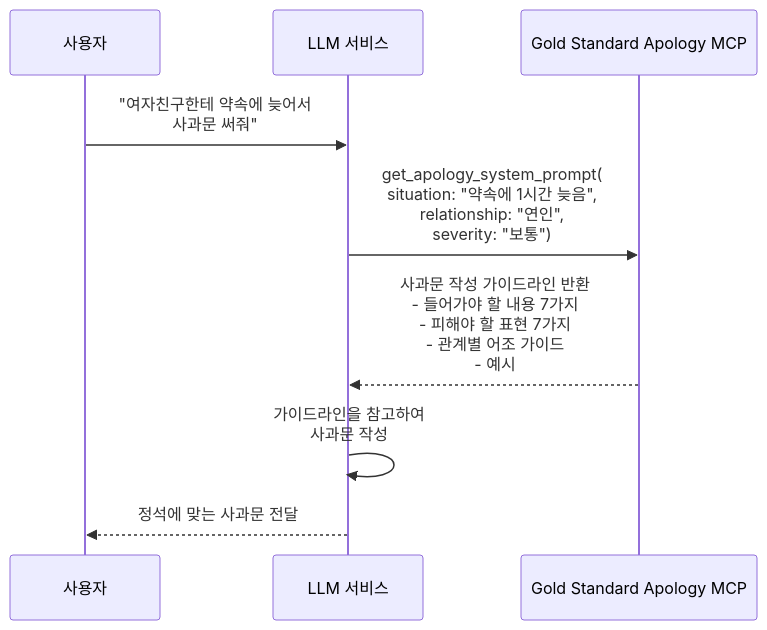
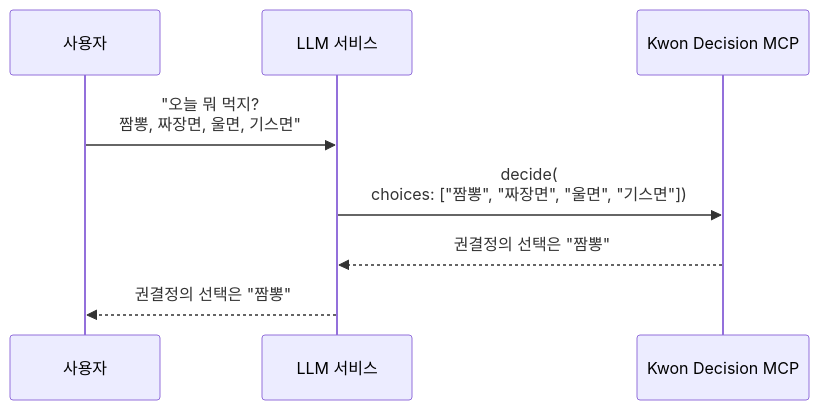
The diagram in README.md (132262B/gold-standard-apology-mcp), drawn with Mermaid before and after one commit. The commit also changed other lines of this file and 5 other files, not shown here.

Commit message:
refactor: rename project to 'kwon-decision' and update functionality to select from multiple choices

````diff
--- a/README.md
+++ b/README.md
@@ -11,16 +11,14 @@
 ```mermaid
 sequenceDiagram
     participant User as 사용자
     participant LLM as LLM 서비스
-    participant MCP as Gold Standard Apology MCP
+    participant MCP as Kwon Decision MCP
 
-    User->>LLM: "여자친구한테 약속에 늦어서<br/>사과문 써줘"
+    User->>LLM: "오늘 뭐 먹지?<br/>짬뽕, 짜장면, 울면, 기스면"
 
-    LLM->>MCP: get_apology_system_prompt(<br/>situation: "약속에 1시간 늦음",<br/>relationship: "연인",<br/>severity: "보통")
+    LLM->>MCP: decide(<br/>choices: ["짬뽕", "짜장면", "울면", "기스면"])
 
-    MCP-->>LLM: 사과문 작성 가이드라인 반환<br/>- 들어가야 할 내용 7가지<br/>- 피해야 할 표현 7가지<br/>- 관계별 어조 가이드<br/>- 예시
+    MCP-->>LLM: 권결정의 선택은 "짬뽕"
 
-    LLM->>LLM: 가이드라인을 참고하여<br/>사과문 작성
-
-    LLM-->>User: 정석에 맞는 사과문 전달
+    LLM-->>User: 권결정의 선택은 "짬뽕"
 ```
````
